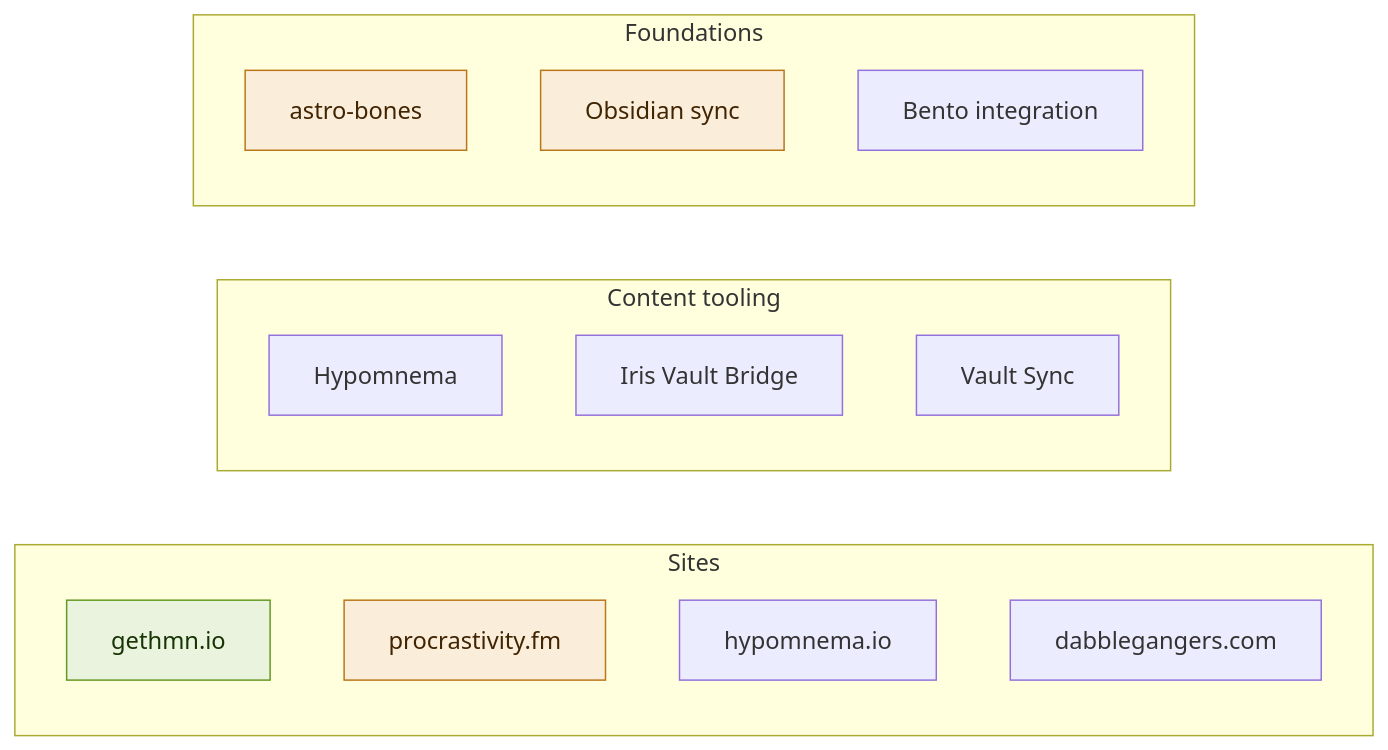
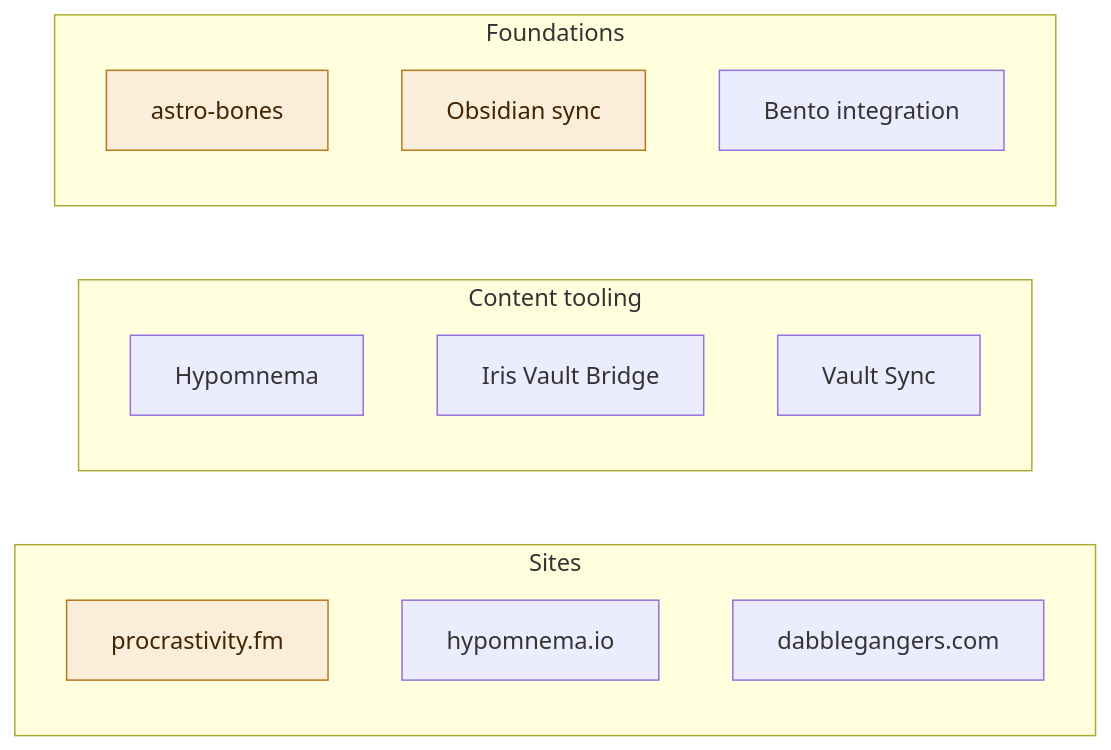
One commit to simensen/beausimensen-com-content changed the diagram in pages/now.md. Above: the diagram before and after it, drawn with Mermaid.

Commit message:
sync 2026-05-25T02:45:58Z

````diff
--- a/pages/now.md
+++ b/pages/now.md
@@ -12,26 +12,25 @@
 ```mermaid
 flowchart LR
     subgraph Sites
-        gethmn[gethmn.io]
         procrastivity[procrastivity.fm]
         hyposite[hypomnema.io]
         dabble[dabblegangers.com]
     end
 
     subgraph "Content tooling"
         hypomnema[Hypomnema]
         bridge[Iris Vault Bridge]
         vsync[Vault Sync]
     end
 
     subgraph Foundations
         bones[astro-bones]
         sync[Obsidian sync]
         bento[Bento integration]
     end
 
     classDef shipped fill:#EAF3DE,stroke:#639922,color:#173404
     classDef active fill:#FAEEDA,stroke:#BA7517,color:#412402
     class gethmn shipped
     class procrastivity,bones,sync active
 ```
````
